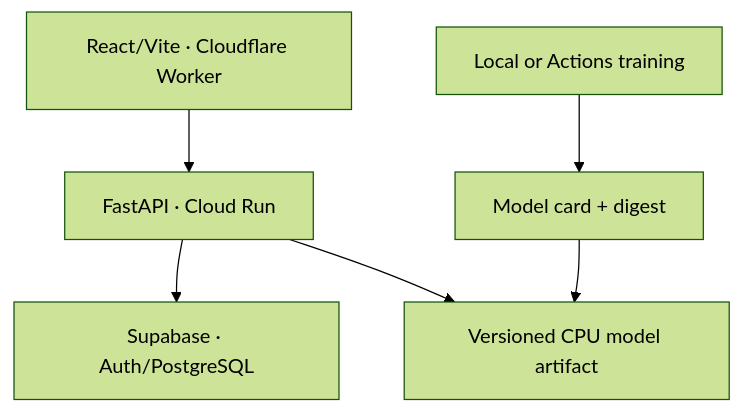
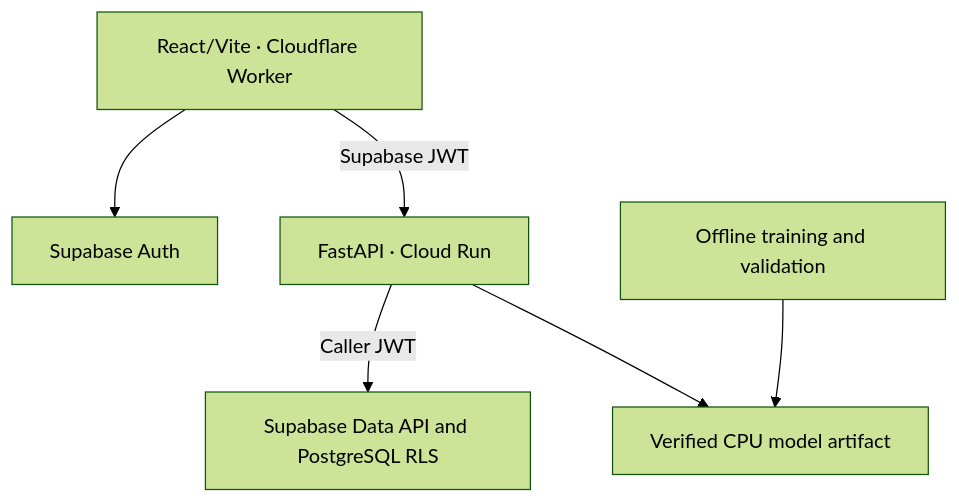
The first of 3 diagrams in docs/architecture.md (AI-HealthCare-05/AH_05_07), drawn with Mermaid (forest theme) before and after one commit. The commit also changed other lines of this file and 3 other files, not shown here.

````diff
--- a/docs/architecture.md
+++ b/docs/architecture.md
@@ -7,8 +9,8 @@
 ```mermaid
 flowchart TD
-    UI["React/Vite · Cloudflare Worker"] --> API["FastAPI · Cloud Run"]
-    API --> DB["Supabase · Auth/PostgreSQL"]
-    API --> MODEL["Versioned CPU model artifact"]
-    TRAIN["Local or Actions training"] --> ARTIFACT["Model card + digest"]
-    ARTIFACT --> MODEL
+    UI["React/Vite · Cloudflare Worker"] --> AUTH["Supabase Auth"]
+    UI -->|"Supabase JWT"| API["FastAPI · Cloud Run"]
+    API -->|"Caller JWT"| DB["Supabase Data API and PostgreSQL RLS"]
+    API --> MODEL["Verified CPU model artifact"]
+    TRAIN["Offline training and validation"] --> MODEL
 ```
````
